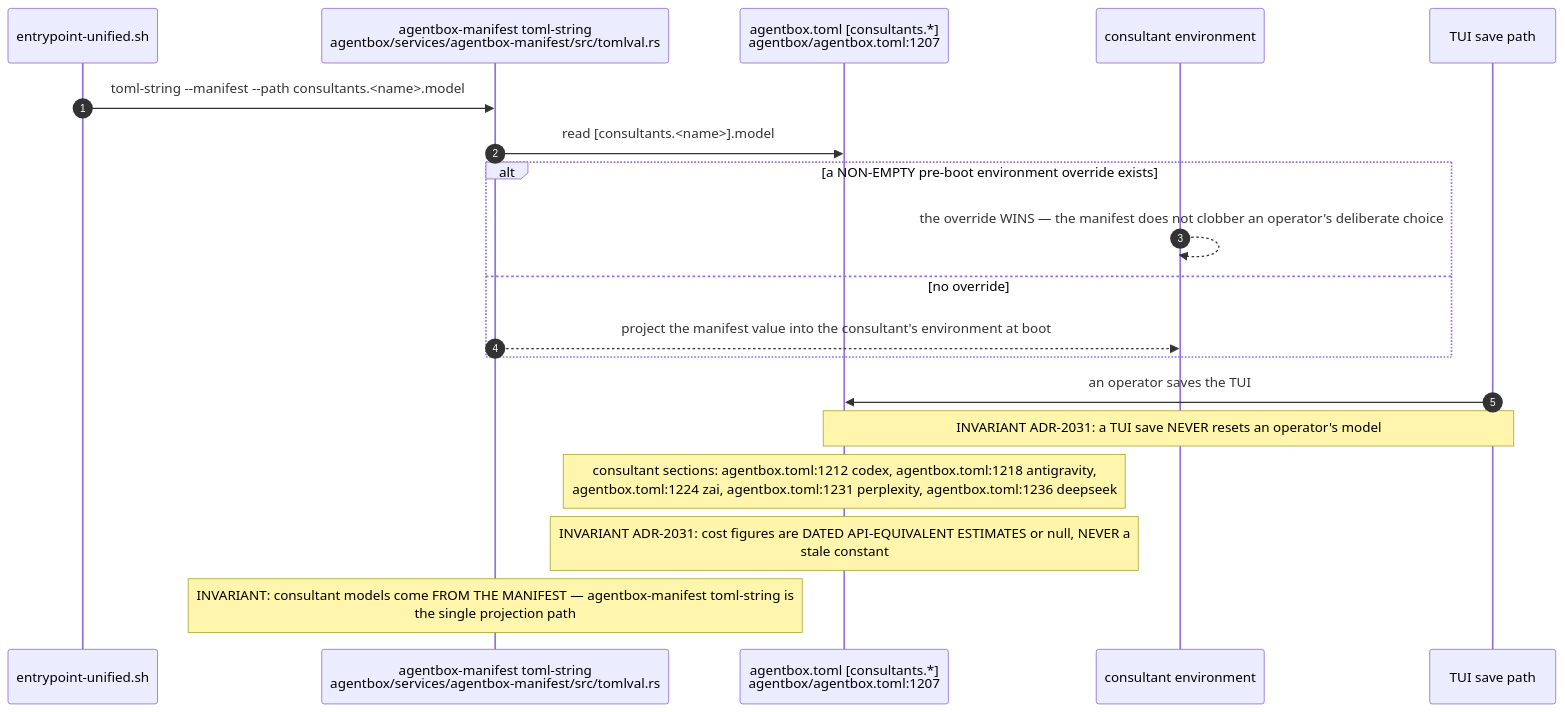
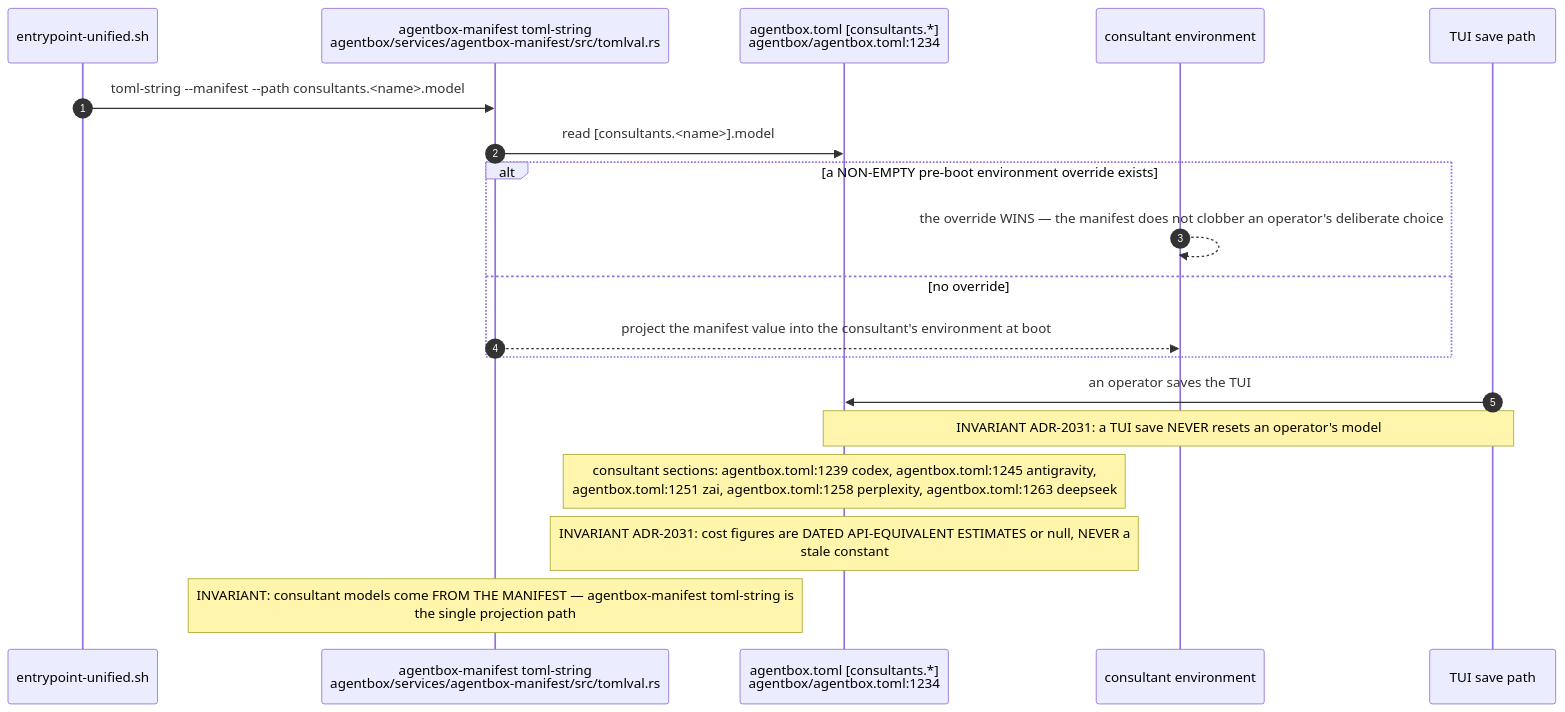
Before and after one commit to DreamLab-AI/VisionFlow: the third of 10 diagrams in docs/diagrams/agentbox/28-agentbox-services-and-manifest-binary.md, drawn with Mermaid. The commit also changed other lines of this file and 94 other files, not shown here.

First line of the commit message:
docs(diagrams): re-verify 130 topics against 2 October HEADs

````diff
--- a/docs/diagrams/agentbox/28-agentbox-services-and-manifest-binary.md
+++ b/docs/diagrams/agentbox/28-agentbox-services-and-manifest-binary.md
@@ -174,22 +172,22 @@
 ```mermaid
 sequenceDiagram
     autonumber
     participant EP as entrypoint-unified.sh
     participant BIN as agentbox-manifest toml-string<br/>agentbox/services/agentbox-manifest/src/tomlval.rs
-    participant TOML as agentbox.toml [consultants.*]<br/>agentbox/agentbox.toml:1207
+    participant TOML as agentbox.toml [consultants.*]<br/>agentbox/agentbox.toml:1234
     participant ENV as consultant environment
     participant TUI as TUI save path
 
     EP->>BIN: toml-string --manifest --path consultants.<name>.model
     BIN->>TOML: read [consultants.<name>].model
     alt a NON-EMPTY pre-boot environment override exists
         ENV-->>ENV: the override WINS — the manifest does not clobber an operator's deliberate choice
     else no override
         BIN-->>ENV: project the manifest value into the consultant's environment at boot
     end
     TUI->>TOML: an operator saves the TUI
     Note over TUI,TOML: INVARIANT ADR-2031: a TUI save NEVER resets an operator's model
-    Note over TOML: consultant sections: agentbox.toml:1212 codex, agentbox.toml:1218 antigravity,<br/>agentbox.toml:1224 zai, agentbox.toml:1231 perplexity, agentbox.toml:1236 deepseek
+    Note over TOML: consultant sections: agentbox.toml:1239 codex, agentbox.toml:1245 antigravity,<br/>agentbox.toml:1251 zai, agentbox.toml:1258 perplexity, agentbox.toml:1263 deepseek
     Note over TOML: INVARIANT ADR-2031: cost figures are DATED API-EQUIVALENT ESTIMATES or null, NEVER a<br/>stale constant
     Note over BIN: INVARIANT: consultant models come FROM THE MANIFEST — agentbox-manifest toml-string is<br/>the single projection path
 ```
````
